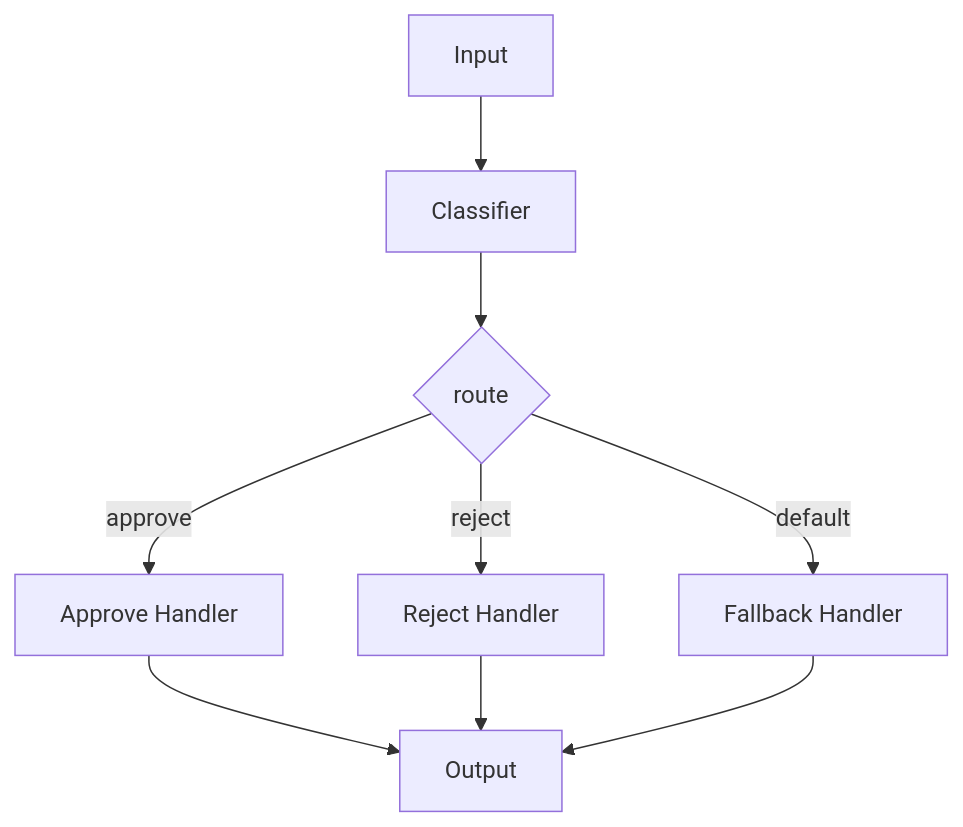
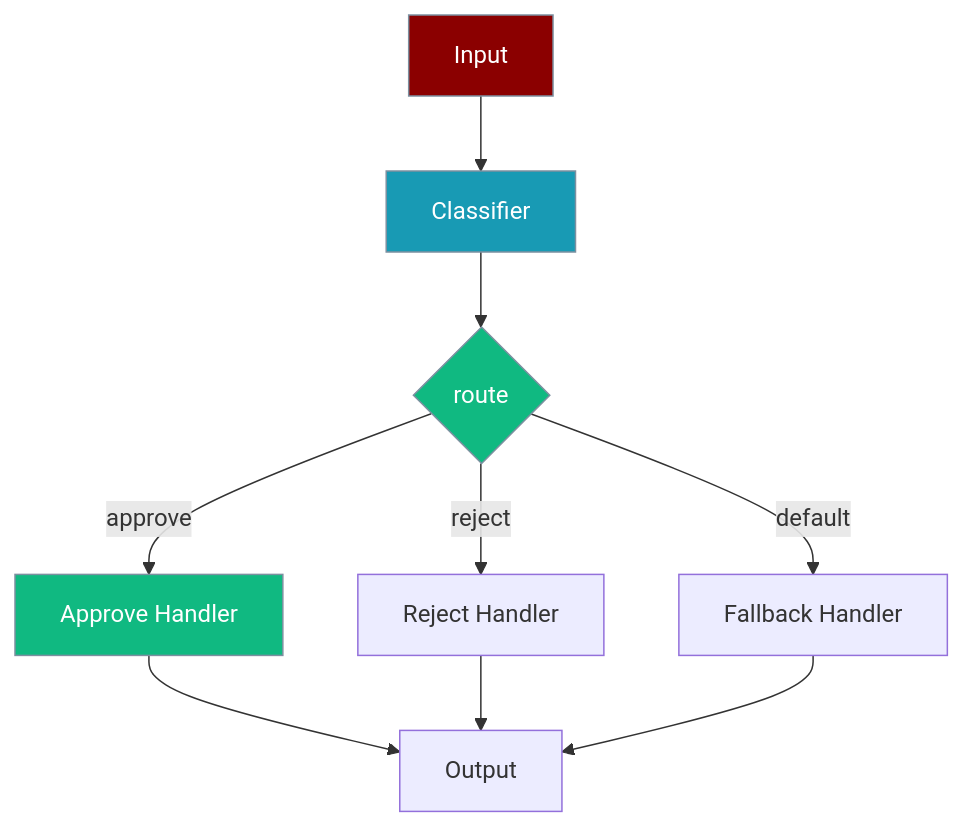
Before and after one commit to MervinPraison/PraisonAIDocs: the diagram in docs/features/workflow-routing.mdx, drawn with Mermaid. The commit also changed other lines of this file and 19 other files, not shown here.

````diff
--- a/docs/features/workflow-routing.mdx
+++ b/docs/features/workflow-routing.mdx
@@ -12,11 +12,18 @@
 ```mermaid
 graph TD
     A[Input] --> B[Classifier]
     B --> C{route}
     C -->|approve| D[Approve Handler]
     C -->|reject| E[Reject Handler]
     C -->|default| F[Fallback Handler]
     D --> G[Output]
     E --> G
     F --> G
+    classDef agent fill:#8B0000,stroke:#7C90A0,color:#fff
+    classDef tool fill:#189AB4,stroke:#7C90A0,color:#fff
+    classDef success fill:#10B981,stroke:#7C90A0,color:#fff
+    class A agent
+    class B tool
+    class C,D success
+
 ```
````
